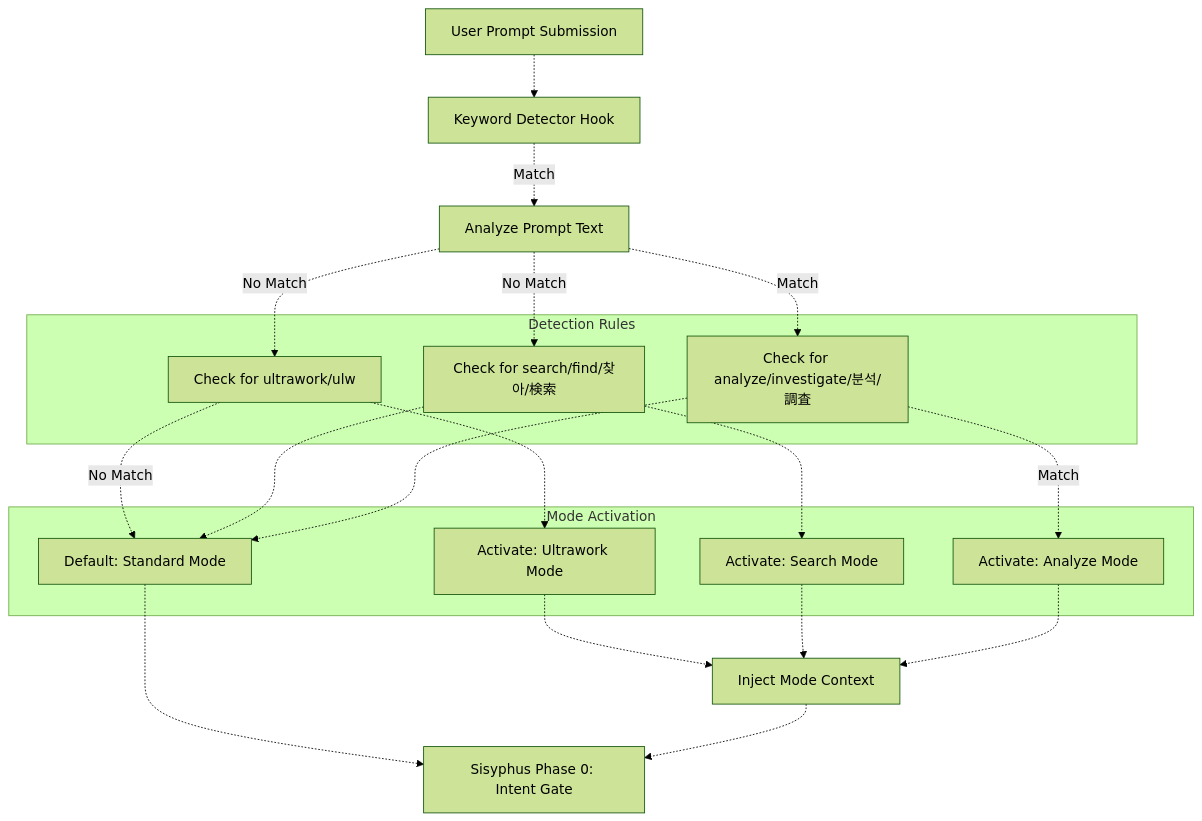
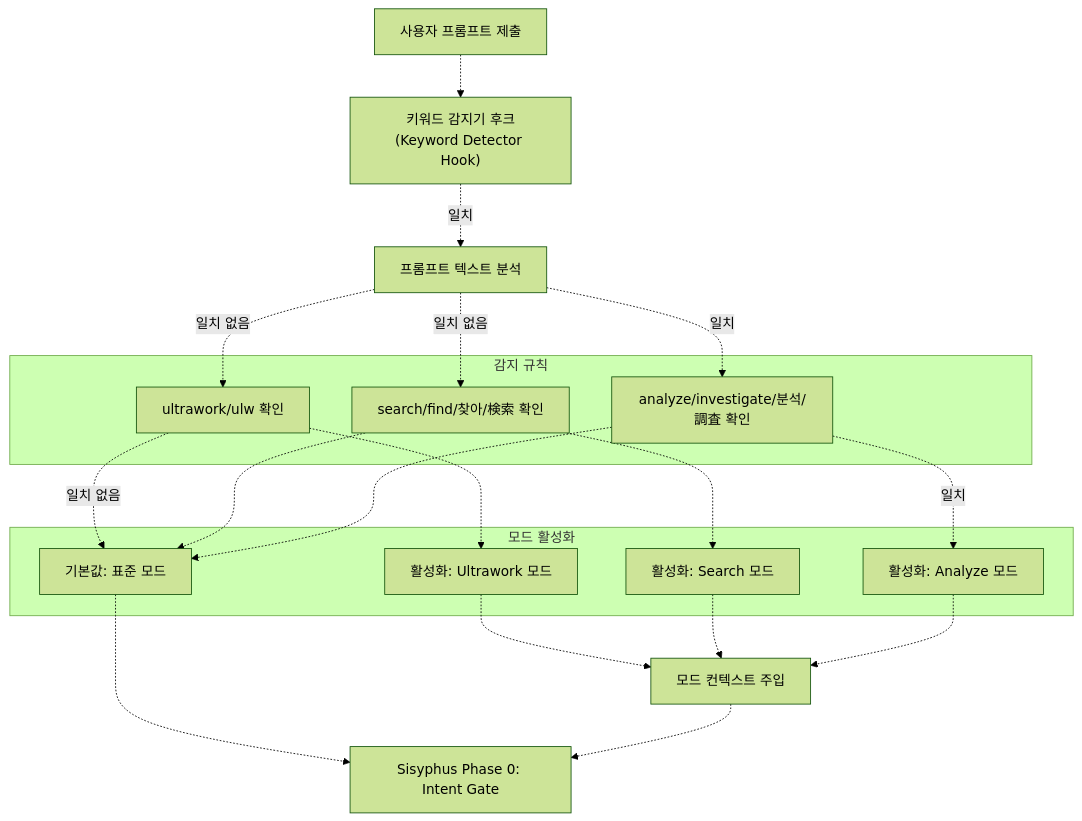
Before and after one commit to felipetruman/oh-my-opencode-docs: the first of 5 diagrams in docs/advanced/keyword-modes.md, drawn with Mermaid (forest theme). The commit also changed other lines of this file and 76 other files, not shown here.

````diff
--- a/docs/advanced/keyword-modes.md
+++ b/docs/advanced/keyword-modes.md
@@ -31,46 +31,46 @@
 ```mermaid
 flowchart TD
 
-UserPrompt["User Prompt Submission"]
-KeywordDetect["Keyword Detector Hook"]
-AnalyzePrompt["Analyze Prompt Text"]
-UltraCheck["Check for ultrawork/ulw"]
-SearchCheck["Check for search/find/찾아/検索"]
-AnalyzeCheck["Check for analyze/investigate/분석/調査"]
-UltraMode["Activate: Ultrawork Mode"]
-SearchMode["Activate: Search Mode"]
-AnalyzeMode["Activate: Analyze Mode"]
-DefaultMode["Default: Standard Mode"]
-InjectContext["Inject Mode Context"]
+UserPrompt["사용자 프롬프트 제출"]
+KeywordDetect["키워드 감지기 후크(Keyword Detector Hook)"]
+AnalyzePrompt["프롬프트 텍스트 분석"]
+UltraCheck["ultrawork/ulw 확인"]
+SearchCheck["search/find/찾아/検索 확인"]
+AnalyzeCheck["analyze/investigate/분석/調査 확인"]
+UltraMode["활성화: Ultrawork 모드"]
+SearchMode["활성화: Search 모드"]
+AnalyzeMode["활성화: Analyze 모드"]
+DefaultMode["기본값: 표준 모드"]
+InjectContext["모드 컨텍스트 주입"]
 SisyphusIntentGate["Sisyphus Phase 0: Intent Gate"]
 
 UserPrompt -.-> KeywordDetect
-KeywordDetect -.->|"Match"| AnalyzePrompt
-AnalyzePrompt -.->|"No Match"| UltraCheck
-AnalyzePrompt -.->|"No Match"| SearchCheck
-AnalyzePrompt -.->|"Match"| AnalyzeCheck
+KeywordDetect -.->|"일치"| AnalyzePrompt
+AnalyzePrompt -.->|"일치 없음"| UltraCheck
+AnalyzePrompt -.->|"일치 없음"| SearchCheck
+AnalyzePrompt -.->|"일치"| AnalyzeCheck
 UltraCheck -.-> UltraMode
 SearchCheck -.-> SearchMode
-AnalyzeCheck -.->|"Match"| AnalyzeMode
-UltraCheck -.->|"No Match"| DefaultMode
+AnalyzeCheck -.->|"일치"| AnalyzeMode
+UltraCheck -.->|"일치 없음"| DefaultMode
 SearchCheck -.-> DefaultMode
 AnalyzeCheck -.-> DefaultMode
 UltraMode -.-> InjectContext
 SearchMode -.-> InjectContext
 AnalyzeMode -.-> InjectContext
 DefaultMode -.-> SisyphusIntentGate
 InjectContext -.-> SisyphusIntentGate
 
-subgraph subGraph1 ["Mode Activation"]
+subgraph subGraph1 ["모드 활성화"]
     UltraMode
     SearchMode
     AnalyzeMode
     DefaultMode
 end
 
-subgraph subGraph0 ["Detection Rules"]
+subgraph subGraph0 ["감지 규칙"]
     UltraCheck
     SearchCheck
     AnalyzeCheck
 end
 ```
````
